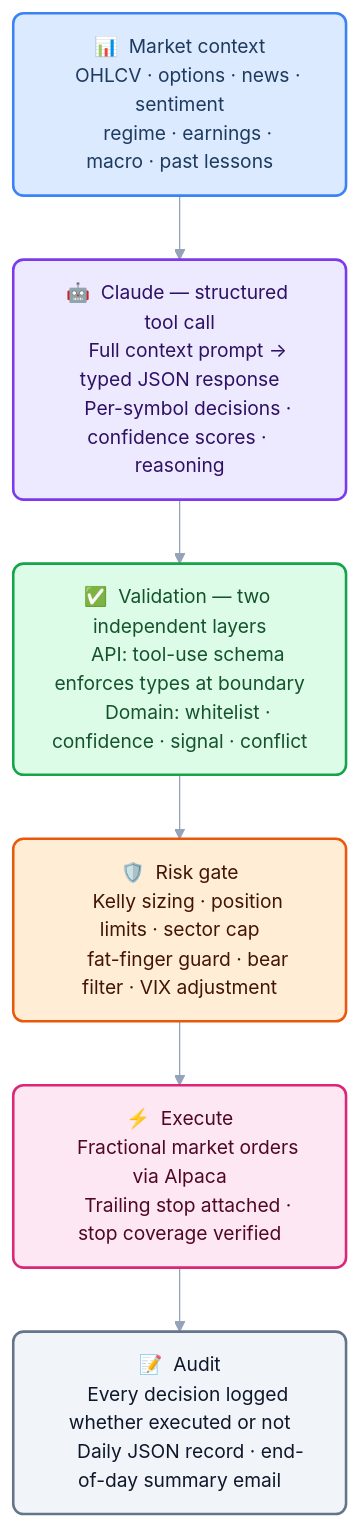
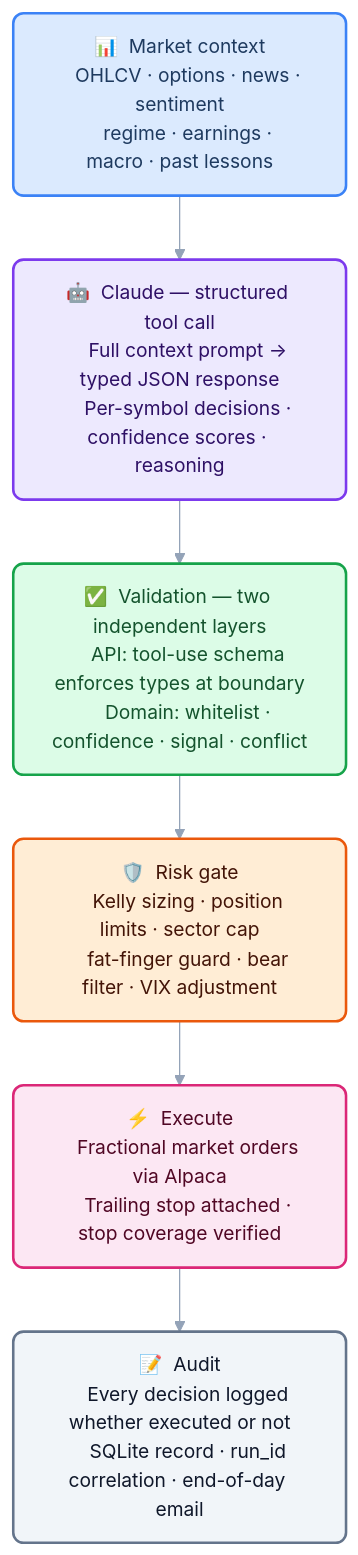
The first of 2 diagrams in README.md (samchatterley/investor-bot), drawn with Mermaid before and after one commit. The commit also changed other lines of this file and 32 other files, not shown here.

````diff
--- a/README.md
+++ b/README.md
@@ -25,36 +42,36 @@
 ```mermaid
 %%{init: {'theme': 'base', 'themeVariables': {'fontSize': '15px', 'lineColor': '#94a3b8'}}}%%
 flowchart TD
     classDef input    fill:#dbeafe,stroke:#3b82f6,stroke-width:2px,color:#1e3a5f,rx:8
     classDef ai       fill:#ede9fe,stroke:#7c3aed,stroke-width:2px,color:#2e1065,rx:8
     classDef validate fill:#dcfce7,stroke:#16a34a,stroke-width:2px,color:#14532d,rx:8
     classDef risk     fill:#ffedd5,stroke:#ea580c,stroke-width:2px,color:#431407,rx:8
     classDef execute  fill:#fce7f3,stroke:#db2777,stroke-width:2px,color:#500724,rx:8
     classDef audit    fill:#f1f5f9,stroke:#64748b,stroke-width:2px,color:#0f172a,rx:8
 
     A["📊 &nbsp;Market context
     OHLCV · options · news · sentiment
     regime · earnings · macro · past lessons"]:::input
 
     B["🤖 &nbsp;Claude — structured tool call
     Full context prompt → typed JSON response
     Per-symbol decisions · confidence scores · reasoning"]:::ai
 
     C["✅ &nbsp;Validation — two independent layers
     API: tool-use schema enforces types at boundary
     Domain: whitelist · confidence · signal · conflict"]:::validate
 
     D["🛡️ &nbsp;Risk gate
     Kelly sizing · position limits · sector cap
     fat-finger guard · bear filter · VIX adjustment"]:::risk
 
     E["⚡ &nbsp;Execute
     Fractional market orders via Alpaca
     Trailing stop attached · stop coverage verified"]:::execute
 
     F["📝 &nbsp;Audit
     Every decision logged whether executed or not
-    Daily JSON record · end-of-day summary email"]:::audit
+    SQLite record · run_id correlation · end-of-day email"]:::audit
 
     A --> B --> C --> D --> E --> F
 ```
````
